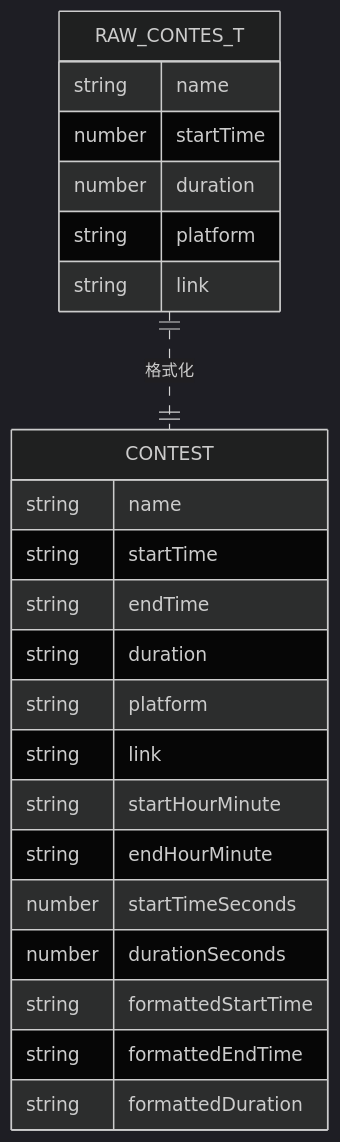
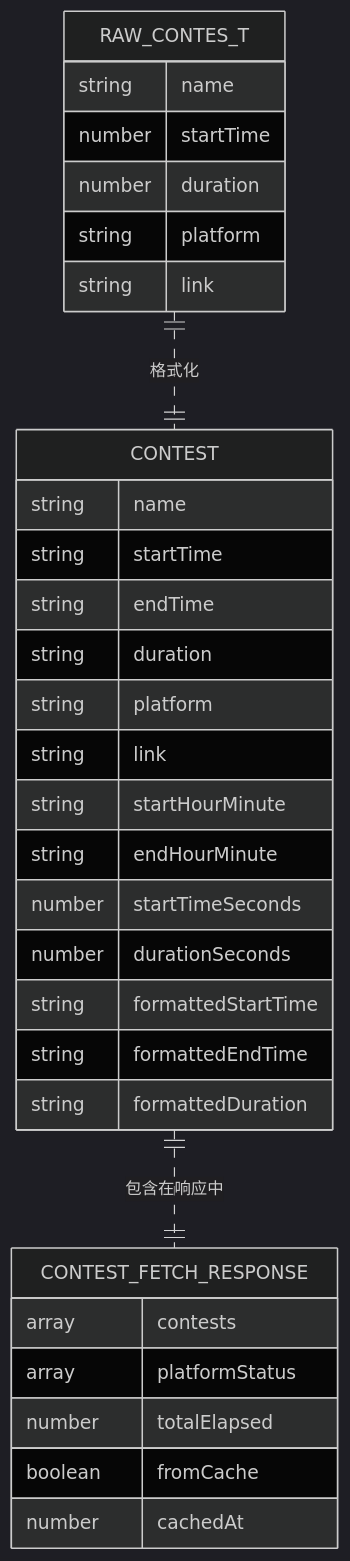
One commit to Siborne/OJFlow changed the eighth of 10 diagrams in .qoder/repowiki/zh/content/架构设计/数据流架构.md. Above: the diagram before and after it, drawn with Mermaid (dark theme). The commit also changed other lines of this file and 23 other files, not shown here.

````diff
--- a/.qoder/repowiki/zh/content/架构设计/数据流架构.md
+++ b/.qoder/repowiki/zh/content/架构设计/数据流架构.md
@@ -255,26 +376,34 @@
 ```mermaid
 erDiagram
 RAW_CONTES_T {
 string name
 number startTime
 number duration
 string platform
 string link
 }
 CONTEST {
 string name
 string startTime
 string endTime
 string duration
 string platform
 string link
 string startHourMinute
 string endHourMinute
 number startTimeSeconds
 number durationSeconds
 string formattedStartTime
 string formattedEndTime
 string formattedDuration
 }
+CONTEST_FETCH_RESPONSE {
+array contests
+array platformStatus
+number totalElapsed
+boolean fromCache
+number cachedAt
+}
 RAW_CONTES_T ||..|| CONTEST : "格式化"
+CONTEST ||..|| CONTEST_FETCH_RESPONSE : "包含在响应中"
 ```
````
